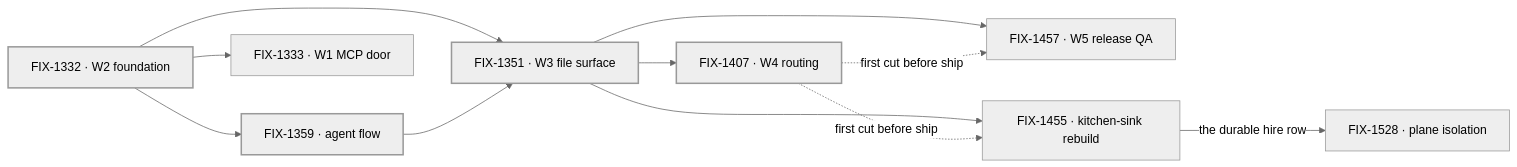
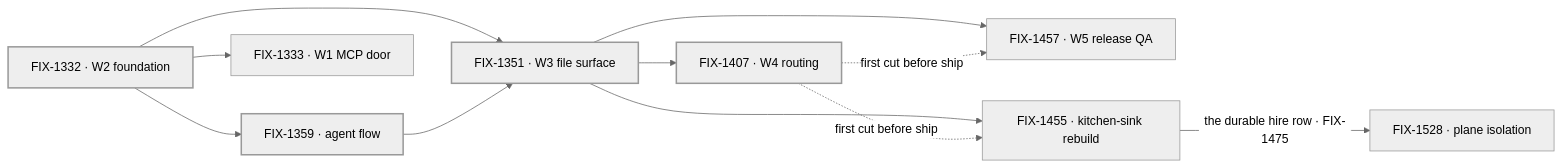
Before and after one commit to fixpoint-labs/flow-state-dev: the diagram in spec/_projects/workforce-layer-2-abstraction/SPEC.md, drawn with Mermaid (neutral theme). The commit also changed other lines of this file and 4 other files, not shown here.

````diff
--- a/spec/_projects/workforce-layer-2-abstraction/SPEC.md
+++ b/spec/_projects/workforce-layer-2-abstraction/SPEC.md
@@ -96,15 +101,15 @@
 ```mermaid
 flowchart LR
   W2["FIX-1332 · W2 foundation"] --> AF["FIX-1359 · agent flow"]
   W2 --> W3["FIX-1351 · W3 file surface"]
   AF --> W3
   W3 --> W4["FIX-1407 · W4 routing"]
   W3 --> W5["FIX-1457 · W5 release QA"]
   W3 --> KS["FIX-1455 · kitchen-sink rebuild"]
   W4 -.->|"first cut before ship"| W5
   W4 -.->|"first cut before ship"| KS
-  KS -->|"the durable hire row"| PI["FIX-1528 · plane isolation"]
+  KS -->|"the durable hire row · FIX-1475"| PI["FIX-1528 · plane isolation"]
   W2 --> W1["FIX-1333 · W1 MCP door"]
   classDef done stroke-width:2px
   class W2,AF,W3,W4 done
 ```
````
